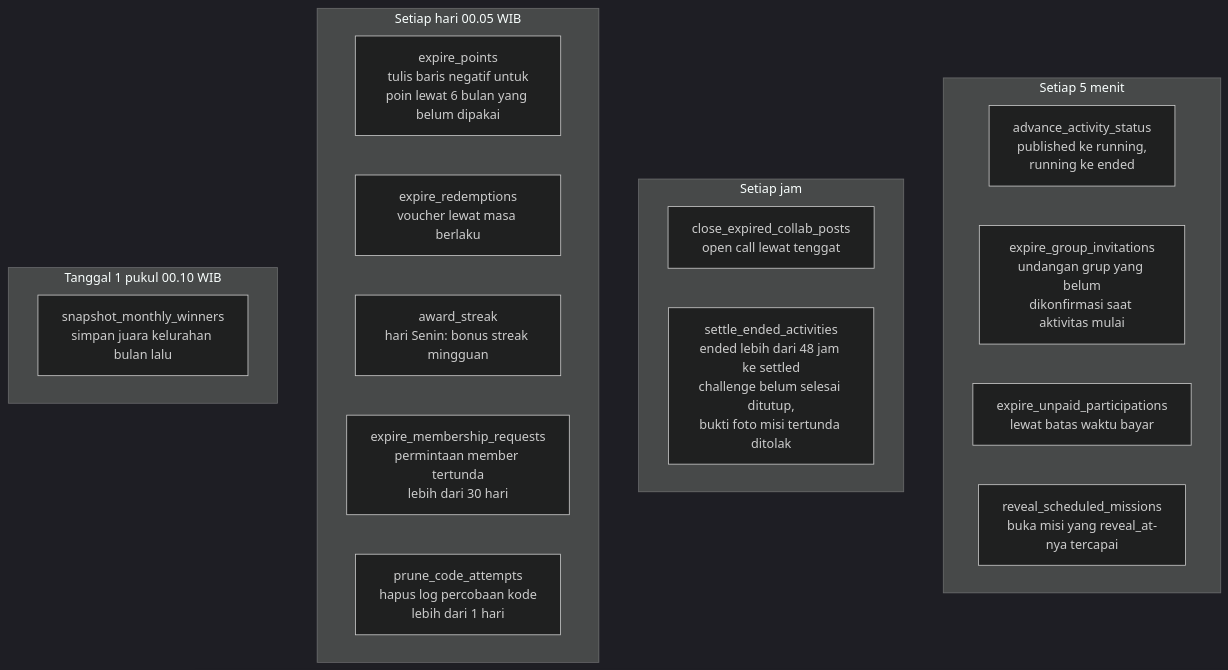
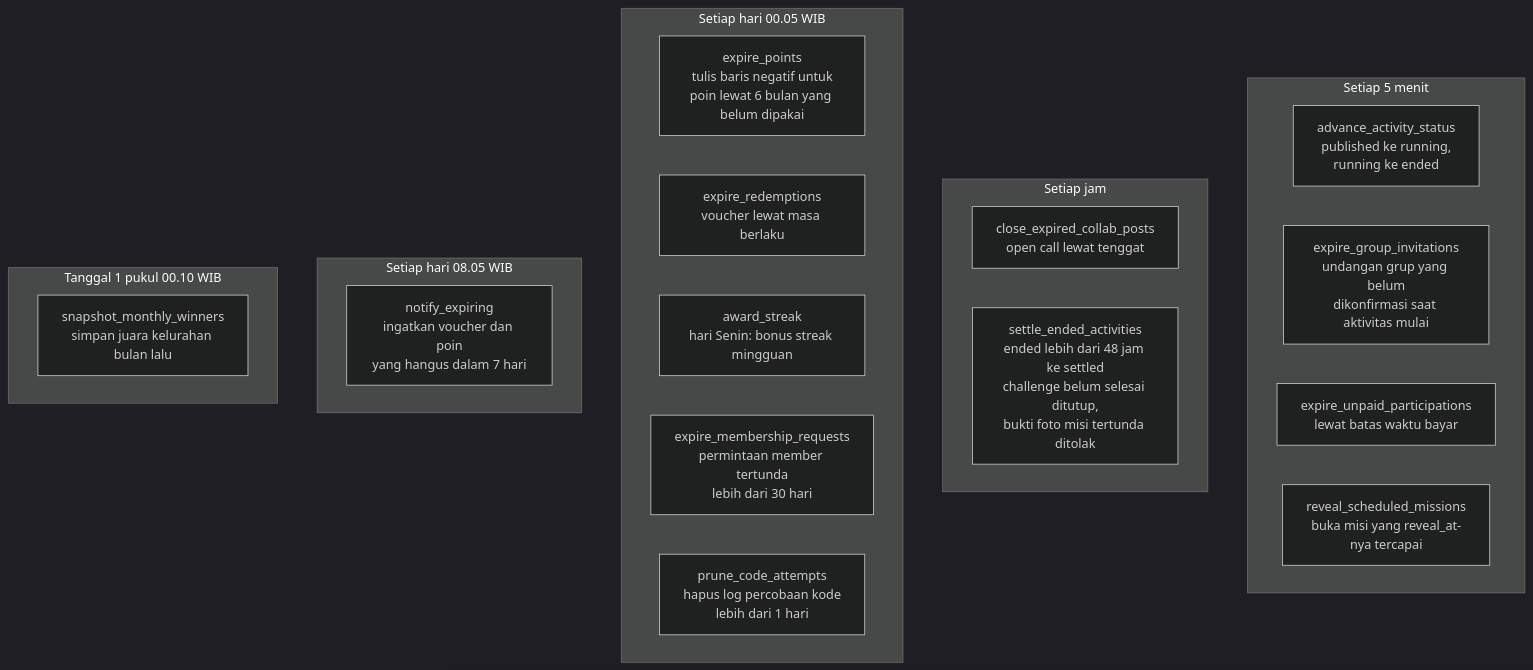
Before and after one commit to mirwanma/gasyu: diagram 25 of 28 in docs/ALUR-SISTEM.md, drawn with Mermaid (dark theme). The commit also changed other lines of this file and 2 other files, not shown here.

Commit message:
Perbarui CLAUDE.md dan dokumen: pengingat kedaluwarsa dan uji E2E
- CLAUDE.md: hapus rujukan seed.sql (data awal ada di migrasi, contoh
  data di dummy-data/), tambah npm run e2e dan folder e2e/.
- DESAIN-DATABASE dan ALUR-SISTEM: notify_expiring, notifikasi
  points_expiring, pengaturan reminder.expiry_days, migrasi 0019.

Claude-Session: https://claude.ai/code/session_01Kgw1mPaXZ56Zc5GSjtsWHv

````diff
--- a/docs/ALUR-SISTEM.md
+++ b/docs/ALUR-SISTEM.md
@@ -1023,23 +1023,26 @@
 ```mermaid
 flowchart TB
     subgraph T5["Setiap 5 menit"]
         J1[advance_activity_status<br/>published ke running,<br/>running ke ended]
         J2[expire_group_invitations<br/>undangan grup yang belum<br/>dikonfirmasi saat aktivitas mulai]
         J10[expire_unpaid_participations<br/>lewat batas waktu bayar]
         J12[reveal_scheduled_missions<br/>buka misi yang reveal_at-nya tercapai]
     end
     subgraph TH["Setiap jam"]
         J3[close_expired_collab_posts<br/>open call lewat tenggat]
         J4[settle_ended_activities<br/>ended lebih dari 48 jam ke settled<br/>challenge belum selesai ditutup,<br/>bukti foto misi tertunda ditolak]
     end
     subgraph TD1["Setiap hari 00.05 WIB"]
         J5[expire_points<br/>tulis baris negatif untuk<br/>poin lewat 6 bulan yang belum dipakai]
         J6[expire_redemptions<br/>voucher lewat masa berlaku]
         J7[award_streak<br/>hari Senin: bonus streak mingguan]
         J9[expire_membership_requests<br/>permintaan member tertunda<br/>lebih dari 30 hari]
         J11[prune_code_attempts<br/>hapus log percobaan kode<br/>lebih dari 1 hari]
     end
+    subgraph TD8["Setiap hari 08.05 WIB"]
+        J13[notify_expiring<br/>ingatkan voucher dan poin<br/>yang hangus dalam 7 hari]
+    end
     subgraph TM["Tanggal 1 pukul 00.10 WIB"]
         J8[snapshot_monthly_winners<br/>simpan juara kelurahan bulan lalu]
     end
 ```
````
